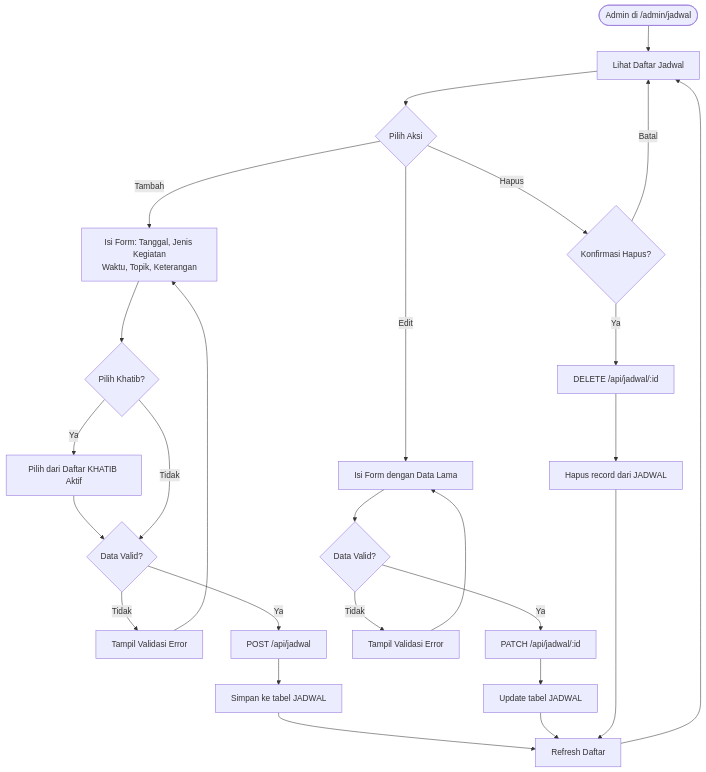
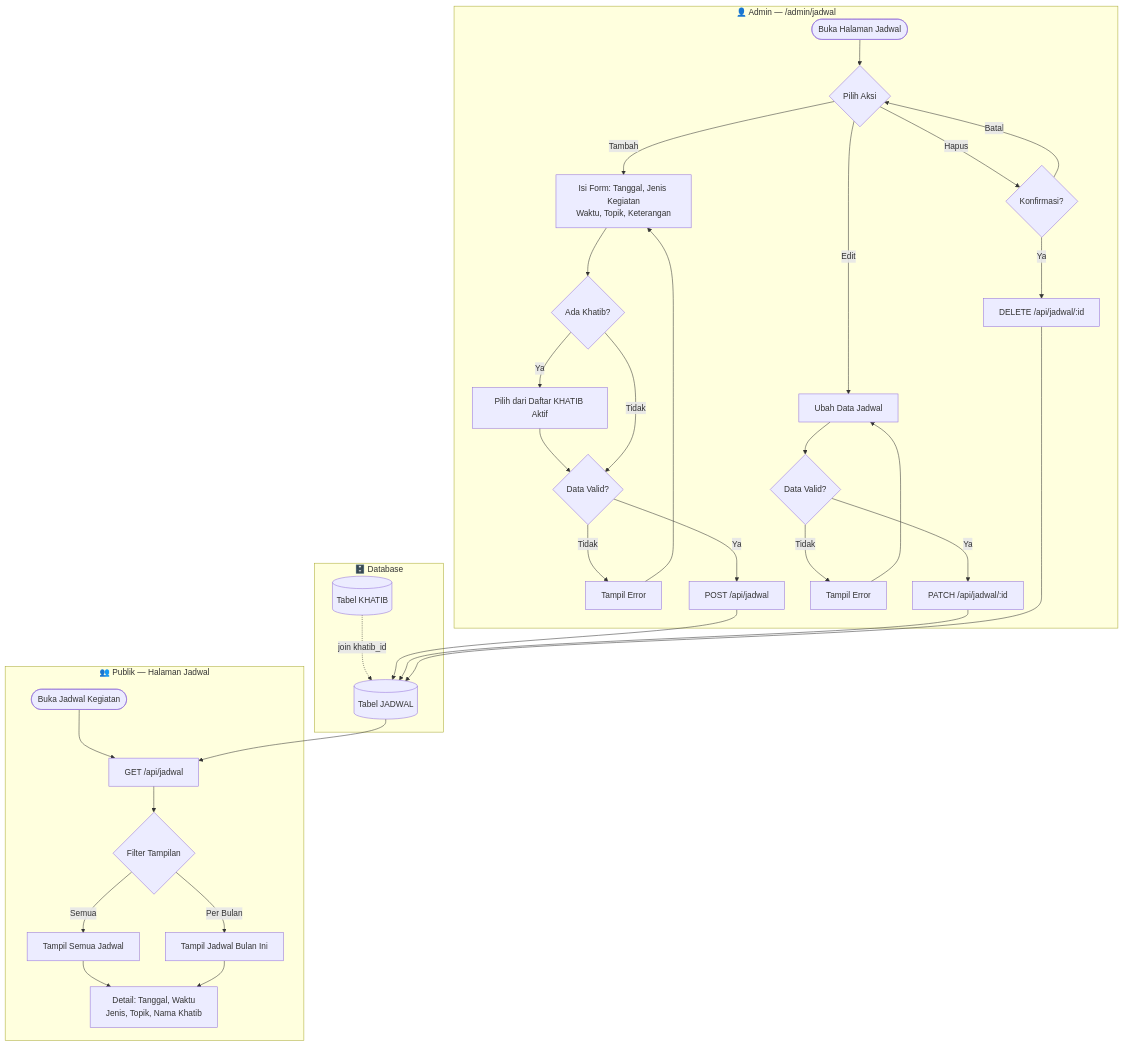
One commit to nabilhatami86/masjid-al-hidayah changed the fourth of 6 diagrams in ERD.md. Above: the diagram before and after it, drawn with Mermaid. The commit also changed other lines of this file, not shown here.

````diff
--- a/ERD.md
+++ b/ERD.md
@@ -250,33 +274,45 @@
 ```mermaid
 flowchart TD
-    A([Admin di /admin/jadwal]) --> B[Lihat Daftar Jadwal]
+    subgraph ADMIN["👤 Admin — /admin/jadwal"]
+        A1([Buka Halaman Jadwal]) --> A2{Pilih Aksi}
 
-    B --> C{Pilih Aksi}
+        A2 -- Tambah --> A3[Isi Form: Tanggal, Jenis Kegiatan\nWaktu, Topik, Keterangan]
+        A3 --> A4{Ada Khatib?}
+        A4 -- Ya --> A5[Pilih dari Daftar KHATIB Aktif]
+        A5 --> A6{Data Valid?}
+        A4 -- Tidak --> A6
+        A6 -- Tidak --> A7[Tampil Error]
+        A7 --> A3
+        A6 -- Ya --> A8[POST /api/jadwal]
 
-    C -- Tambah --> D[Isi Form: Tanggal, Jenis Kegiatan\nWaktu, Topik, Keterangan]
-    D --> E{Pilih Khatib?}
-    E -- Ya --> F[Pilih dari Daftar KHATIB Aktif]
-    F --> G{Data Valid?}
-    E -- Tidak --> G
-    G -- Tidak --> H[Tampil Validasi Error]
-    H --> D
-    G -- Ya --> I[POST /api/jadwal]
-    I --> J[Simpan ke tabel JADWAL]
-    J --> K[Refresh Daftar]
+        A2 -- Edit --> A9[Ubah Data Jadwal]
+        A9 --> A10{Data Valid?}
+        A10 -- Tidak --> A11[Tampil Error]
+        A11 --> A9
+        A10 -- Ya --> A12[PATCH /api/jadwal/:id]
 
-    C -- Edit --> L[Isi Form dengan Data Lama]
-    L --> M{Data Valid?}
-    M -- Tidak --> N[Tampil Validasi Error]
-    N --> L
-    M -- Ya --> O[PATCH /api/jadwal/:id]
-    O --> P[Update tabel JADWAL]
-    P --> K
+        A2 -- Hapus --> A13{Konfirmasi?}
+        A13 -- Batal --> A2
+        A13 -- Ya --> A14[DELETE /api/jadwal/:id]
+    end
 
-    C -- Hapus --> Q{Konfirmasi Hapus?}
-    Q -- Batal --> B
-    Q -- Ya --> R[DELETE /api/jadwal/:id]
-    R --> S[Hapus record dari JADWAL]
-    S --> K
+    subgraph DB["🗄️ Database"]
+        D1[(Tabel JADWAL)]
+        D2[(Tabel KHATIB)]
+        D2 -. join khatib_id .-> D1
+    end
 
-    K --> B
+    subgraph PUBLIK["👥 Publik — Halaman Jadwal"]
+        P1([Buka Jadwal Kegiatan]) --> P2[GET /api/jadwal]
+        P2 --> P3{Filter Tampilan}
+        P3 -- Semua --> P4[Tampil Semua Jadwal]
+        P3 -- Per Bulan --> P5[Tampil Jadwal Bulan Ini]
+        P4 --> P6[Detail: Tanggal, Waktu\nJenis, Topik, Nama Khatib]
+        P5 --> P6
+    end
+
+    A8 --> D1
+    A12 --> D1
+    A14 --> D1
+    D1 --> P2
 ```
````
